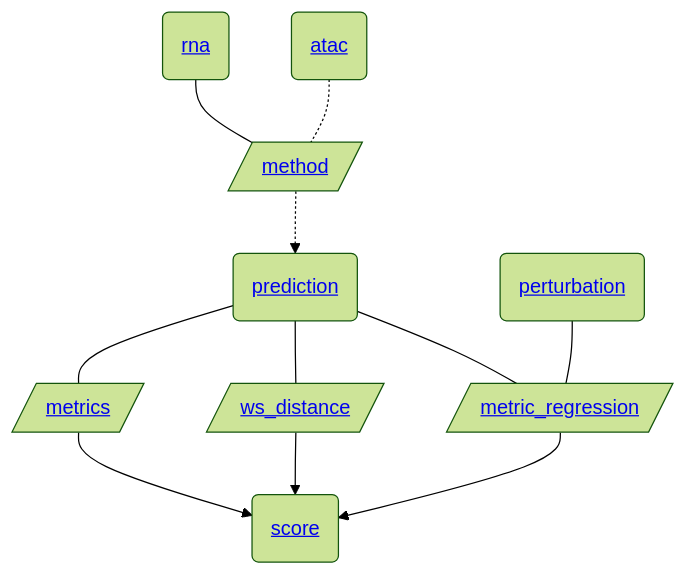
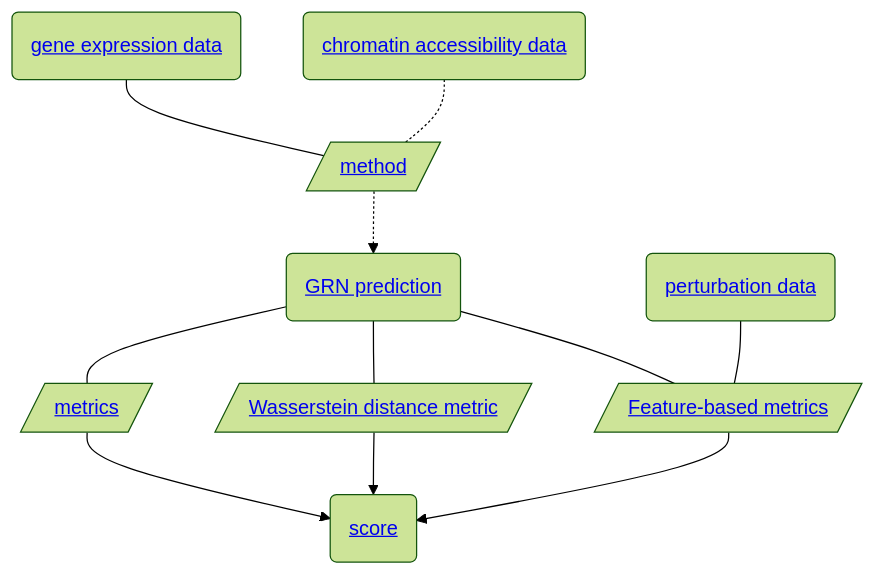
Before and after one commit to openproblems-bio/task_grn_inference: the diagram in README.md, drawn with Mermaid (forest theme). The commit also changed other lines of this file and 4 other files, not shown here.

````diff
--- a/README.md
+++ b/README.md
@@ -47,22 +47,22 @@
 ``` mermaid
 flowchart TB
-  file_atac_h5ad("<a href='https://github.com/openproblems-bio/task_grn_inference#file-format-atac'>atac</a>")
+  file_atac_h5ad("<a href='https://github.com/openproblems-bio/task_grn_inference#file-format-chromatin-accessibility-data'>chromatin accessibility data</a>")
   comp_method[/"<a href='https://github.com/openproblems-bio/task_grn_inference#component-type-method'>method</a>"/]
-  file_prediction_h5ad("<a href='https://github.com/openproblems-bio/task_grn_inference#file-format-prediction'>prediction</a>")
-  comp_metric_regression[/"<a href='https://github.com/openproblems-bio/task_grn_inference#component-type-metric-regression'>metric_regression</a>"/]
-  comp_metric_ws[/"<a href='https://github.com/openproblems-bio/task_grn_inference#component-type-ws-distance'>ws_distance</a>"/]
+  file_prediction_h5ad("<a href='https://github.com/openproblems-bio/task_grn_inference#file-format-grn-prediction'>GRN prediction</a>")
+  comp_metric_regression[/"<a href='https://github.com/openproblems-bio/task_grn_inference#component-type-feature-based-metrics'>Feature-based metrics</a>"/]
+  comp_metric_ws[/"<a href='https://github.com/openproblems-bio/task_grn_inference#component-type-wasserstein-distance-metric'>Wasserstein distance metric</a>"/]
   comp_metric[/"<a href='https://github.com/openproblems-bio/task_grn_inference#component-type-metrics'>metrics</a>"/]
   file_score_h5ad("<a href='https://github.com/openproblems-bio/task_grn_inference#file-format-score'>score</a>")
-  file_evaluation_h5ad("<a href='https://github.com/openproblems-bio/task_grn_inference#file-format-perturbation'>perturbation</a>")
-  file_rna_h5ad("<a href='https://github.com/openproblems-bio/task_grn_inference#file-format-rna'>rna</a>")
+  file_evaluation_h5ad("<a href='https://github.com/openproblems-bio/task_grn_inference#file-format-perturbation-data'>perturbation data</a>")
+  file_rna_h5ad("<a href='https://github.com/openproblems-bio/task_grn_inference#file-format-gene-expression-data'>gene expression data</a>")
   file_atac_h5ad-.-comp_method
   comp_method-.->file_prediction_h5ad
   file_prediction_h5ad---comp_metric_regression
   file_prediction_h5ad---comp_metric_ws
   file_prediction_h5ad---comp_metric
   comp_metric_regression-->file_score_h5ad
   comp_metric_ws-->file_score_h5ad
   comp_metric-->file_score_h5ad
   file_evaluation_h5ad---comp_metric_regression
   file_rna_h5ad---comp_method
 ```
````
